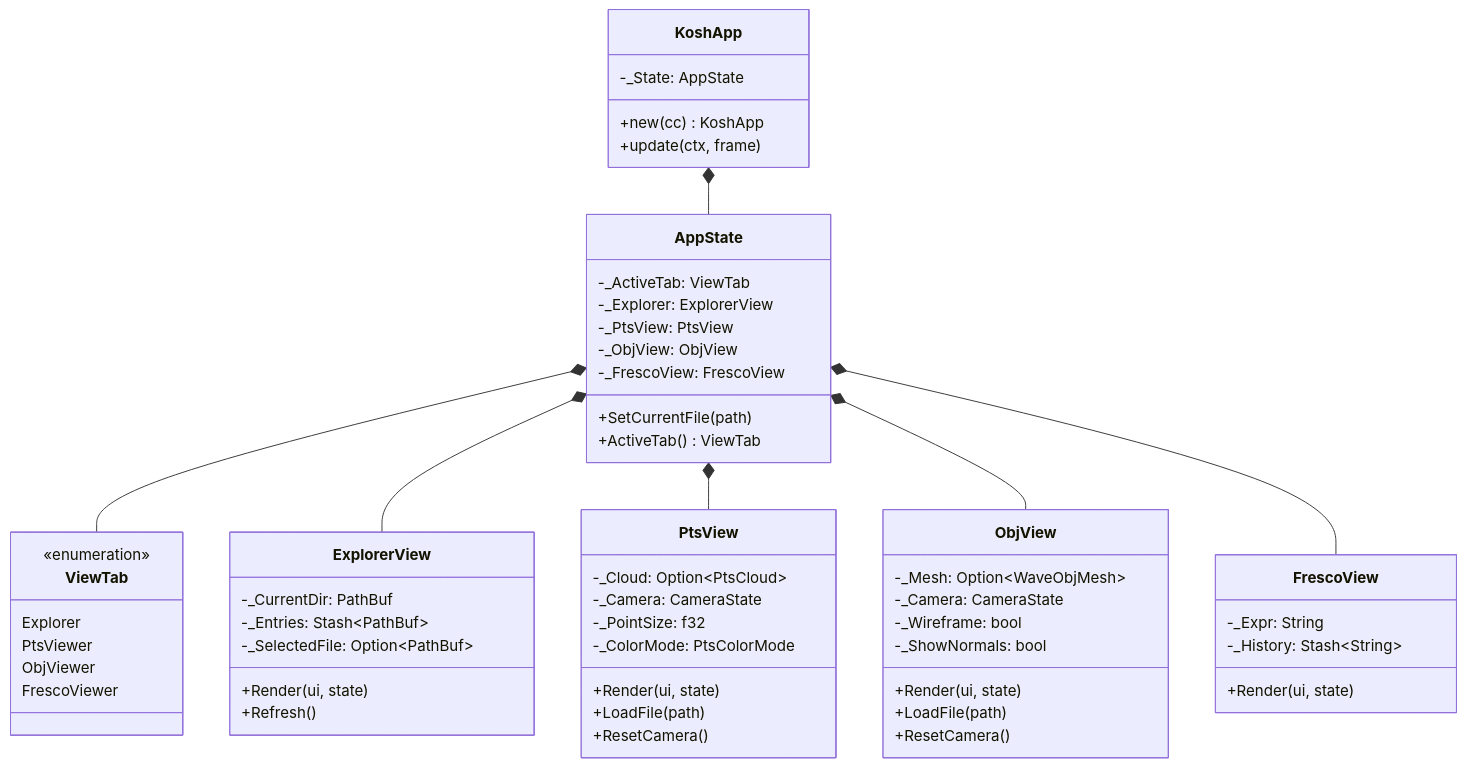
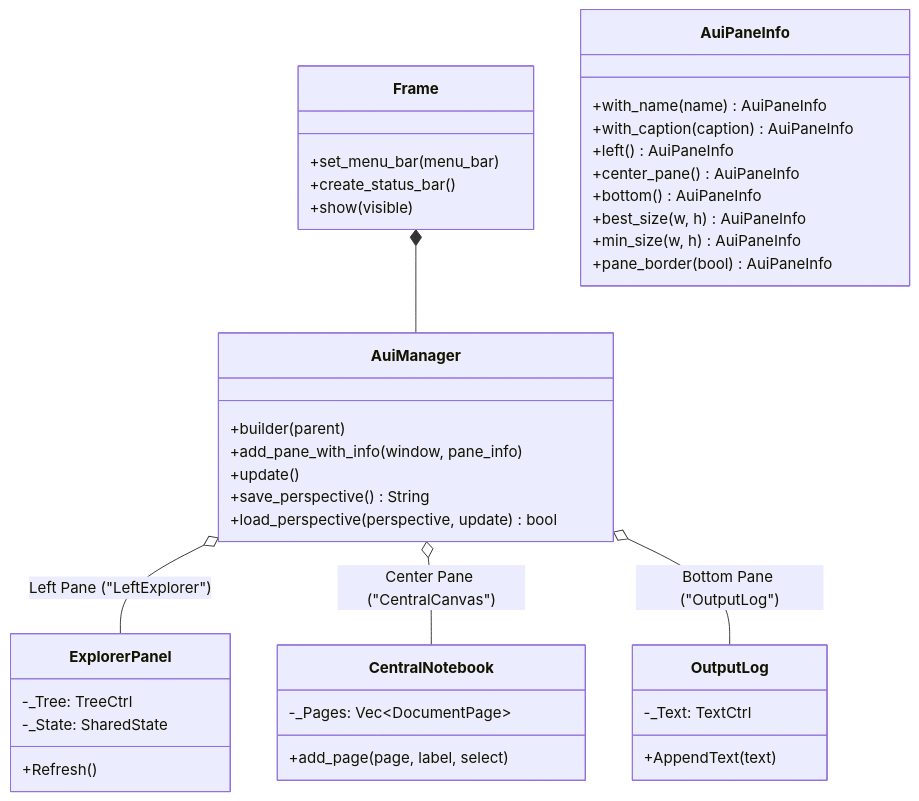
One commit to jswarup/Kosh changed the diagram in wiki/Frieze.md. Above: the diagram before and after it, drawn with Mermaid. The commit also changed other lines of this file and 5 other files, not shown here.

First line of the commit message:
Docs: Update architecture documentation for wxfrieze and clean up wiki

````diff
--- a/wiki/Frieze.md
+++ b/wiki/Frieze.md
@@ -20,67 +22,48 @@
 ```mermaid
 classDiagram
-    class KoshApp {
-        -_State: AppState
-        +new(cc) KoshApp
-        +update(ctx, frame)
+    class Frame {
+        +set_menu_bar(menu_bar)
+        +create_status_bar()
+        +show(visible)
     }
 
-    class AppState {
-        -_ActiveTab: ViewTab
-        -_Explorer: ExplorerView
-        -_PtsView: PtsView
-        -_ObjView: ObjView
-        -_FrescoView: FrescoView
-        +SetCurrentFile(path)
-        +ActiveTab() ViewTab
+    class AuiManager {
+        +builder(parent)
+        +add_pane_with_info(window, pane_info)
+        +update()
+        +save_perspective() String
+        +load_perspective(perspective, update) bool
     }
 
-    class ViewTab {
-        <<enumeration>>
-        Explorer
-        PtsViewer
-        ObjViewer
-        FrescoViewer
+    class AuiPaneInfo {
+        +with_name(name) AuiPaneInfo
+        +with_caption(caption) AuiPaneInfo
+        +left() AuiPaneInfo
+        +center_pane() AuiPaneInfo
+        +bottom() AuiPaneInfo
+        +best_size(w, h) AuiPaneInfo
+        +min_size(w, h) AuiPaneInfo
+        +pane_border(bool) AuiPaneInfo
     }
 
-    class ExplorerView {
-        -_CurrentDir: PathBuf
-        -_Entries: Stash~PathBuf~
-        -_SelectedFile: Option~PathBuf~
-        +Render(ui, state)
+    class ExplorerPanel {
+        -_Tree: TreeCtrl
+        -_State: SharedState
         +Refresh()
     }
 
-    class PtsView {
-        -_Cloud: Option~PtsCloud~
-        -_Camera: CameraState
-        -_PointSize: f32
-        -_ColorMode: PtsColorMode
-        +Render(ui, state)
-        +LoadFile(path)
-        +ResetCamera()
+    class CentralNotebook {
+        -_Pages: Vec~DocumentPage~
+        +add_page(page, label, select)
     }
 
-    class ObjView {
-        -_Mesh: Option~WaveObjMesh~
-        -_Camera: CameraState
-        -_Wireframe: bool
-        -_ShowNormals: bool
-        +Render(ui, state)
-        +LoadFile(path)
-        +ResetCamera()
+    class OutputLog {
+        -_Text: TextCtrl
+        +AppendText(text)
     }
 
-    class FrescoView {
-        -_Expr: String
-        -_History: Stash~String~
-        +Render(ui, state)
-    }
-
-    KoshApp *-- AppState
-    AppState *-- ViewTab
-    AppState *-- ExplorerView
-    AppState *-- PtsView
-    AppState *-- ObjView
-    AppState *-- FrescoView
+    Frame *-- AuiManager
+    AuiManager o-- ExplorerPanel : Left Pane ("LeftExplorer")
+    AuiManager o-- CentralNotebook : Center Pane ("CentralCanvas")
+    AuiManager o-- OutputLog : Bottom Pane ("OutputLog")
 ```
````
